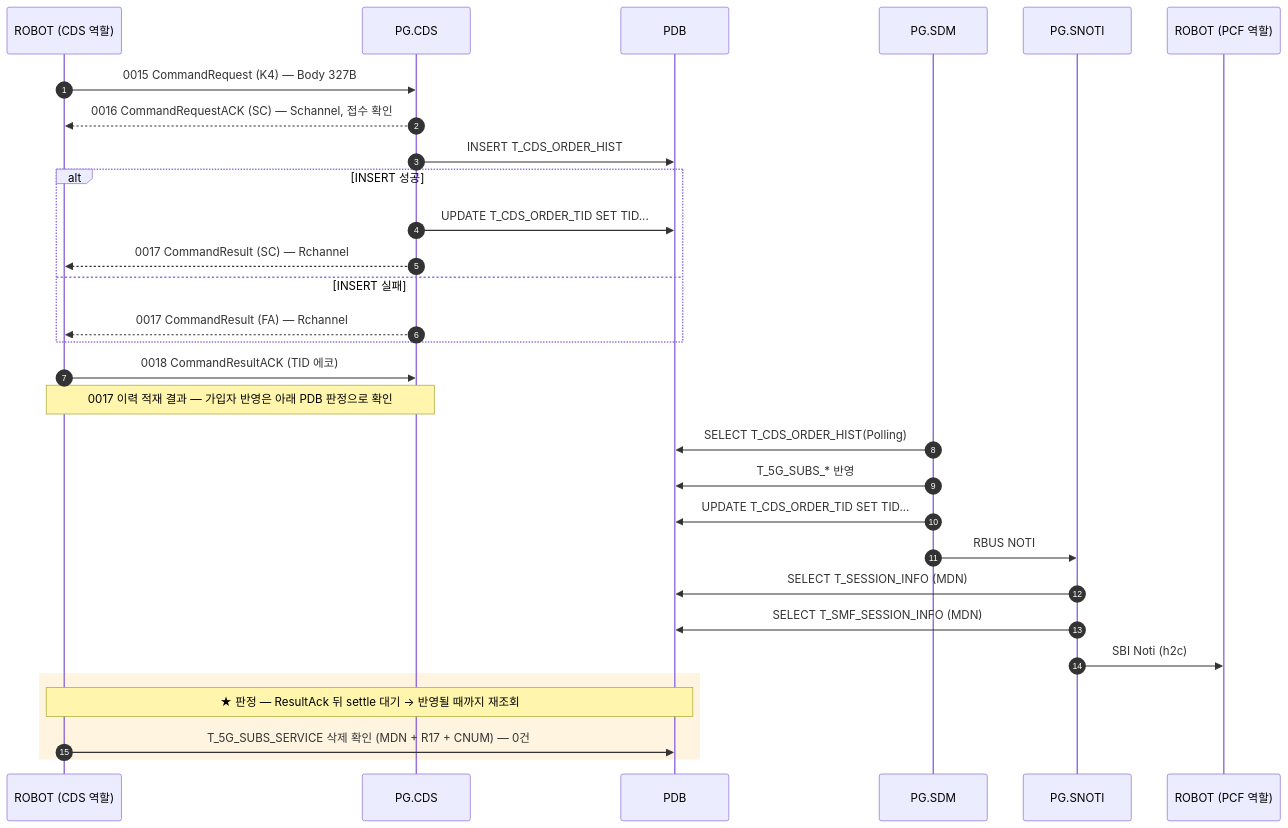
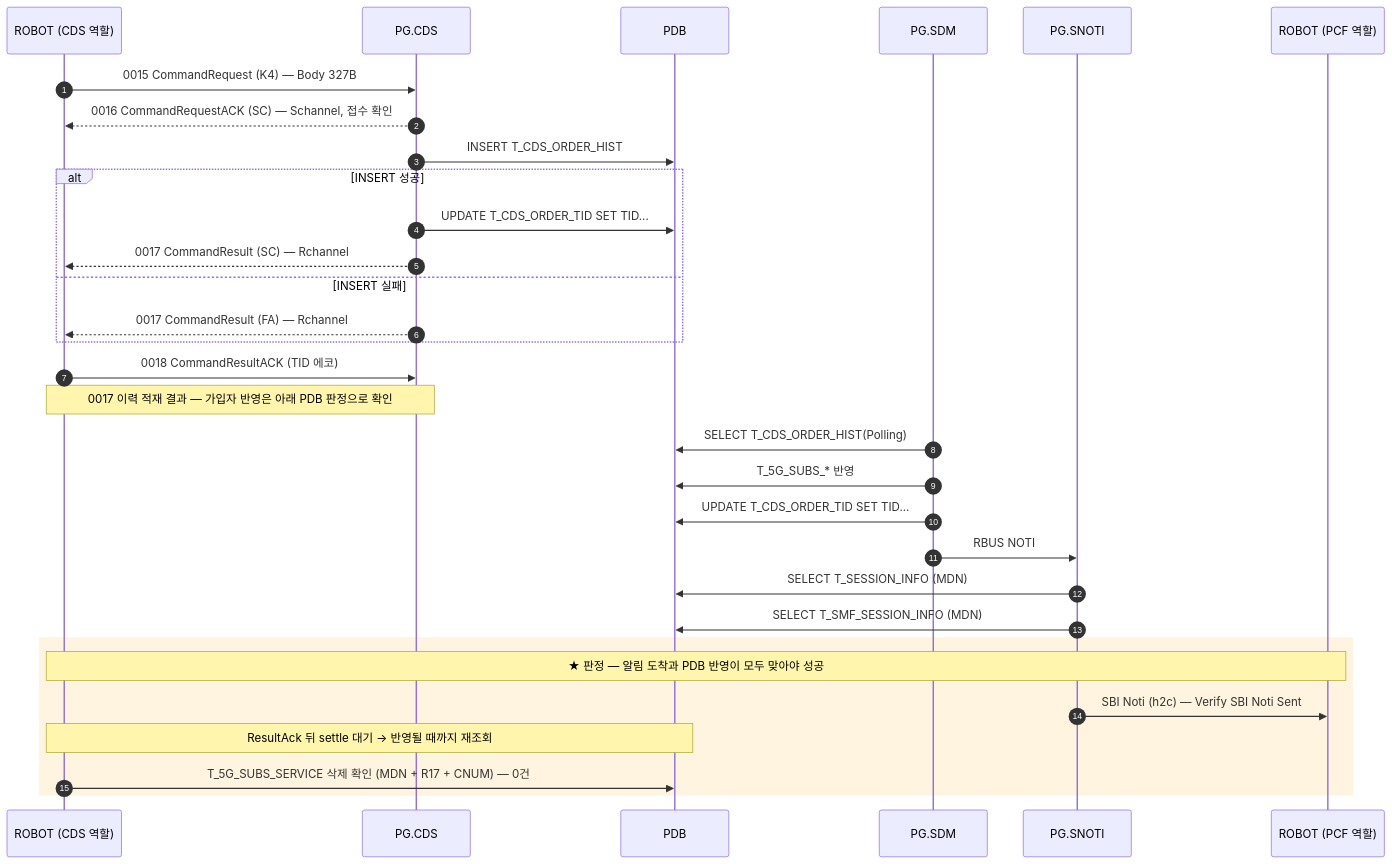
The diagram in docs/callflow/CDS_K4.md (IanKim2030/tc4robot), drawn with Mermaid before and after one commit. The commit also changed other lines of this file and 18 other files, not shown here.

First line of the commit message:
docs: SBI Noti 도착을 판정 기준에 포함

````diff
--- a/docs/callflow/CDS_K4.md
+++ b/docs/callflow/CDS_K4.md
@@ -17,34 +17,35 @@
 ```mermaid
 sequenceDiagram
     autonumber
     participant TOOL as ROBOT (CDS 역할)
     participant PCDS as PG.CDS
     participant PDB as PDB
     participant SDM as PG.SDM
     participant SNOTI as PG.SNOTI
     participant PCF as ROBOT (PCF 역할)
 
     TOOL->>PCDS: 0015 CommandRequest (K4) — Body 327B
     PCDS-->>TOOL: 0016 CommandRequestACK (SC) — Schannel, 접수 확인
     PCDS->>PDB: INSERT T_CDS_ORDER_HIST
     alt INSERT 성공
         PCDS->>PDB: UPDATE T_CDS_ORDER_TID SET TID...
         PCDS-->>TOOL: 0017 CommandResult (SC) — Rchannel
     else INSERT 실패
         PCDS-->>TOOL: 0017 CommandResult (FA) — Rchannel
     end
     TOOL->>PCDS: 0018 CommandResultACK (TID 에코)
     Note over TOOL,PCDS: 0017 이력 적재 결과 — 가입자 반영은 아래 PDB 판정으로 확인
 
     SDM->>PDB: SELECT T_CDS_ORDER_HIST(Polling)
     SDM->>PDB: T_5G_SUBS_* 반영
     SDM->>PDB: UPDATE T_CDS_ORDER_TID SET TID...
     SDM->>SNOTI: RBUS NOTI
     SNOTI->>PDB: SELECT T_SESSION_INFO (MDN)
     SNOTI->>PDB: SELECT T_SMF_SESSION_INFO (MDN)
-    SNOTI->>PCF: SBI Noti (h2c)
     rect rgba(255, 176, 32, 0.14)
-    Note over TOOL,PDB: ★ 판정 — ResultAck 뒤 settle 대기 → 반영될 때까지 재조회
+    Note over TOOL,PCF: ★ 판정 — 알림 도착과 PDB 반영이 모두 맞아야 성공
+        SNOTI->>PCF: SBI Noti (h2c) — Verify SBI Noti Sent
+        Note over TOOL,PDB: ResultAck 뒤 settle 대기 → 반영될 때까지 재조회
         TOOL->>PDB: T_5G_SUBS_SERVICE 삭제 확인 (MDN + R17 + CNUM) — 0건
     end
 ```
````
